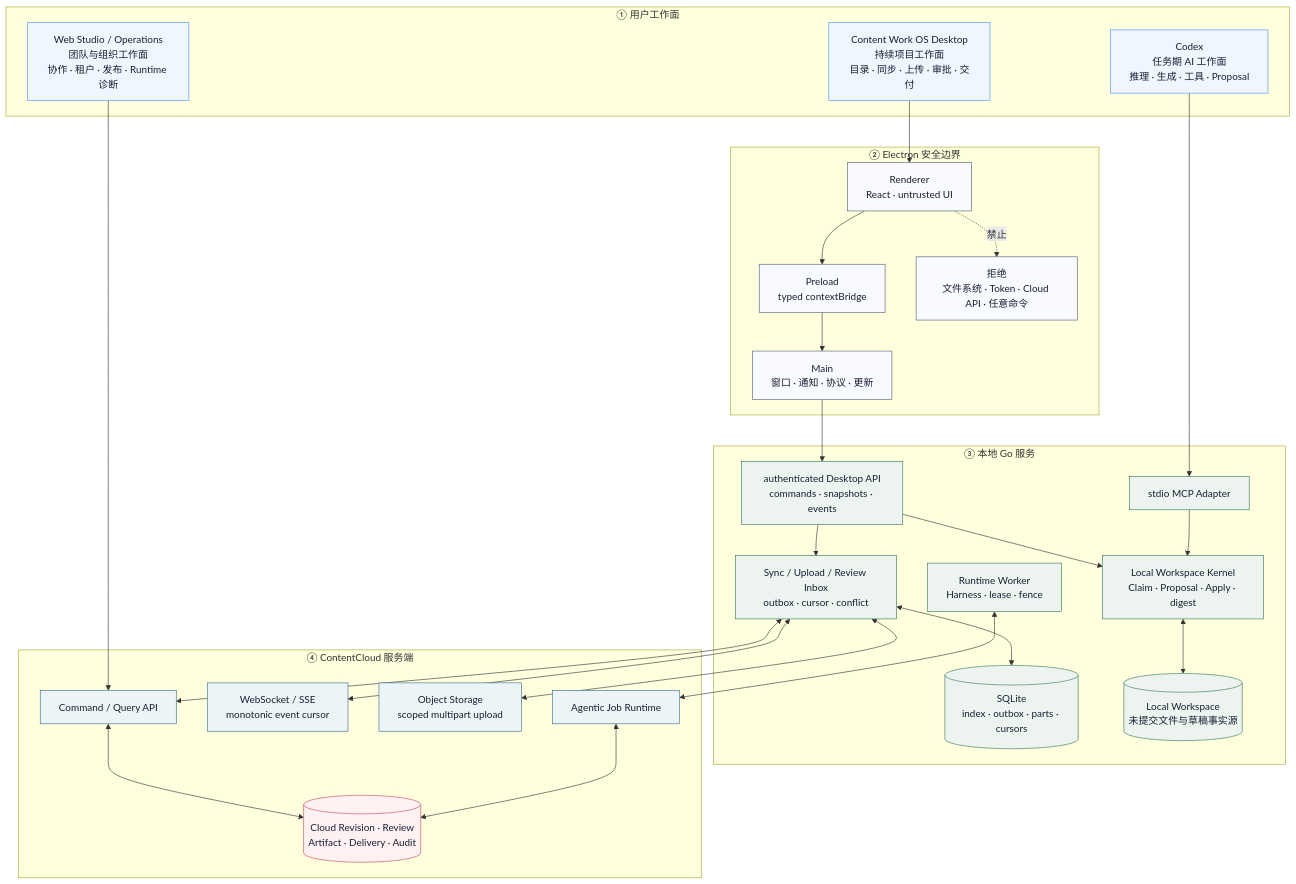
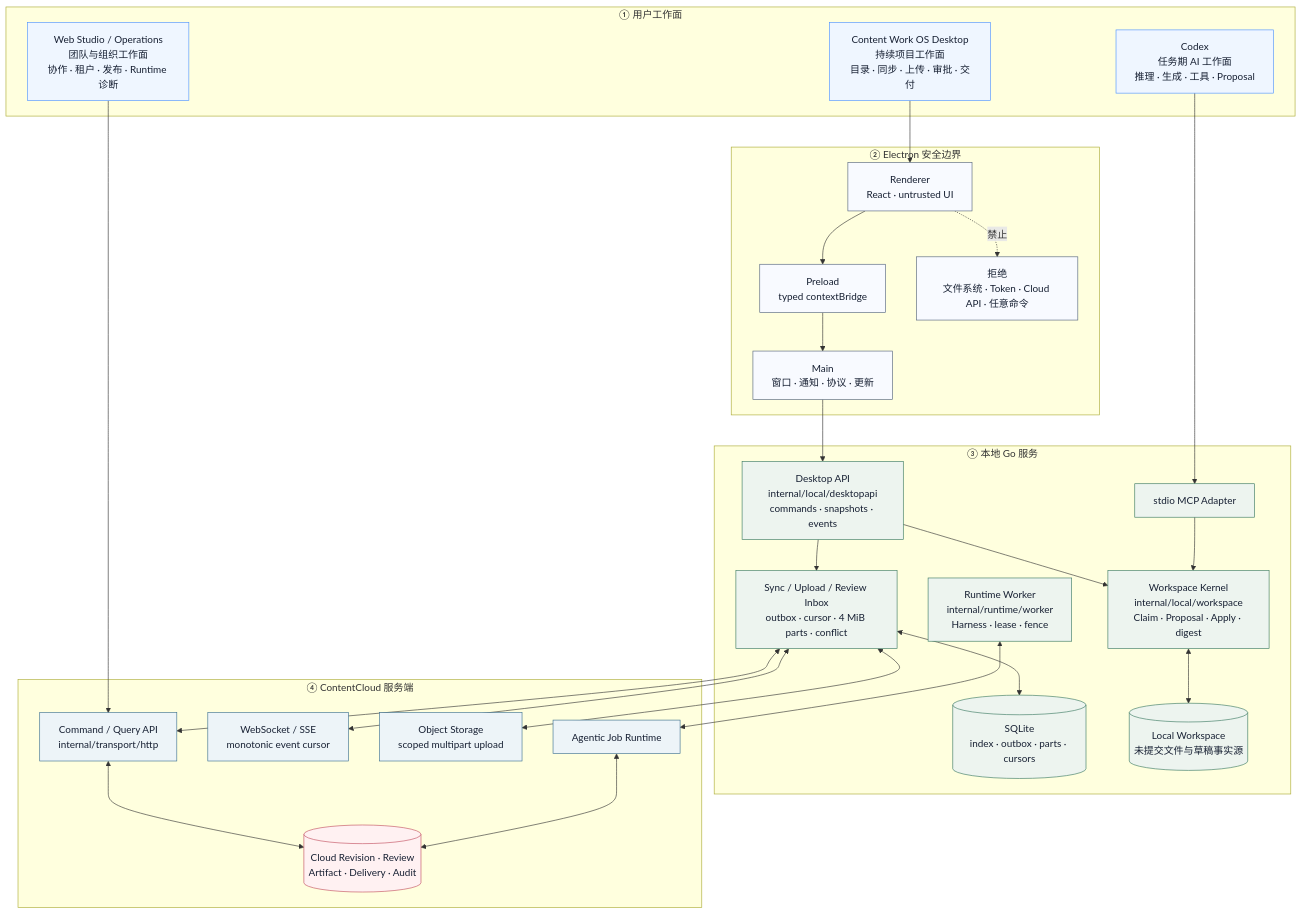
The diagram in docs/tech/contentcloud-desktop-architecture.mmd (limecloud/contentcloud), drawn with Mermaid before and after one commit. The commit also changed 966 other files, not shown here.

Commit message:
release: v0.28.0 desktop and workspace architecture

```diff
--- a/docs/tech/contentcloud-desktop-architecture.mmd
+++ b/docs/tech/contentcloud-desktop-architecture.mmd
@@ -1,61 +1,61 @@
-%% Content Work OS Desktop target architecture source.
+%% Content Work OS Desktop target architecture source for the one-time restructure.
 %% Desktop is a persistent project surface. Codex remains the task-time AI surface.
 flowchart TB
     subgraph Surfaces["① 用户工作面"]
         Codex["Codex<br/>任务期 AI 工作面<br/>推理 · 生成 · 工具 · Proposal"]
         Desktop["Content Work OS Desktop<br/>持续项目工作面<br/>目录 · 同步 · 上传 · 审批 · 交付"]
         Web["Web Studio / Operations<br/>团队与组织工作面<br/>协作 · 租户 · 发布 · Runtime 诊断"]
     end
 
     subgraph Electron["② Electron 安全边界"]
         Renderer["Renderer<br/>React · untrusted UI"]
         Preload["Preload<br/>typed contextBridge"]
         Main["Main<br/>窗口 · 通知 · 协议 · 更新"]
         Forbidden["拒绝<br/>文件系统 · Token · Cloud API · 任意命令"]
         Renderer --> Preload --> Main
         Renderer -. "禁止" .-> Forbidden
     end
 
     subgraph Local["③ 本地 Go 服务"]
         MCP["stdio MCP Adapter"]
-        DesktopAPI["authenticated Desktop API<br/>commands · snapshots · events"]
-        Kernel["Local Workspace Kernel<br/>Claim · Proposal · Apply · digest"]
-        Sync["Sync / Upload / Review Inbox<br/>outbox · cursor · conflict"]
-        RuntimeWorker["Runtime Worker<br/>Harness · lease · fence"]
+        DesktopAPI["Desktop API<br/>internal/local/desktopapi<br/>commands · snapshots · events"]
+        Kernel["Workspace Kernel<br/>internal/local/workspace<br/>Claim · Proposal · Apply · digest"]
+        Sync["Sync / Upload / Review Inbox<br/>outbox · cursor · 4 MiB parts · conflict"]
+        RuntimeWorker["Runtime Worker<br/>internal/runtime/worker<br/>Harness · lease · fence"]
         Cache[("SQLite<br/>index · outbox · parts · cursors")]
         Workspace[("Local Workspace<br/>未提交文件与草稿事实源")]
         DesktopAPI --> Kernel
         DesktopAPI --> Sync
         Kernel <--> Workspace
         Sync <--> Cache
     end
 
     subgraph Cloud["④ ContentCloud 服务端"]
-        API["Command / Query API"]
+        API["Command / Query API<br/>internal/transport/http"]
         Events["WebSocket / SSE<br/>monotonic event cursor"]
         Blob["Object Storage<br/>scoped multipart upload"]
         Runtime["Agentic Job Runtime"]
         Facts[("Cloud Revision · Review<br/>Artifact · Delivery · Audit")]
         API <--> Facts
         Runtime <--> Facts
     end
 
     Codex --> MCP --> Kernel
     Desktop --> Renderer
     Main --> DesktopAPI
     Sync <--> API
     Sync <--> Events
     Sync <--> Blob
     RuntimeWorker <--> Runtime
     Web --> API
 
     classDef surface fill:#eff6ff,stroke:#4c91ff,color:#172033
     classDef shell fill:#f8faff,stroke:#52627b,color:#172033
     classDef local fill:#edf4ef,stroke:#397860,color:#172033
     classDef cloud fill:#edf4f8,stroke:#3b6f8f,color:#172033
     classDef fact fill:#fff1f2,stroke:#c24f5f,color:#172033
     class Codex,Desktop,Web surface
     class Renderer,Preload,Main,Forbidden shell
     class MCP,DesktopAPI,Kernel,Sync,RuntimeWorker,Cache,Workspace local
     class API,Events,Blob,Runtime cloud
     class Facts fact
```
